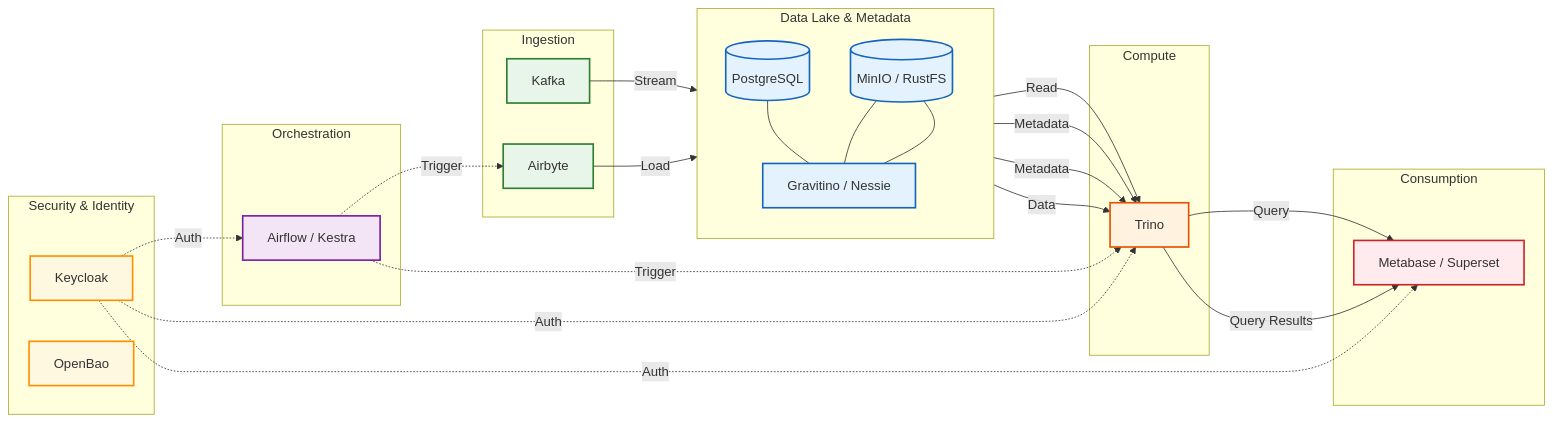
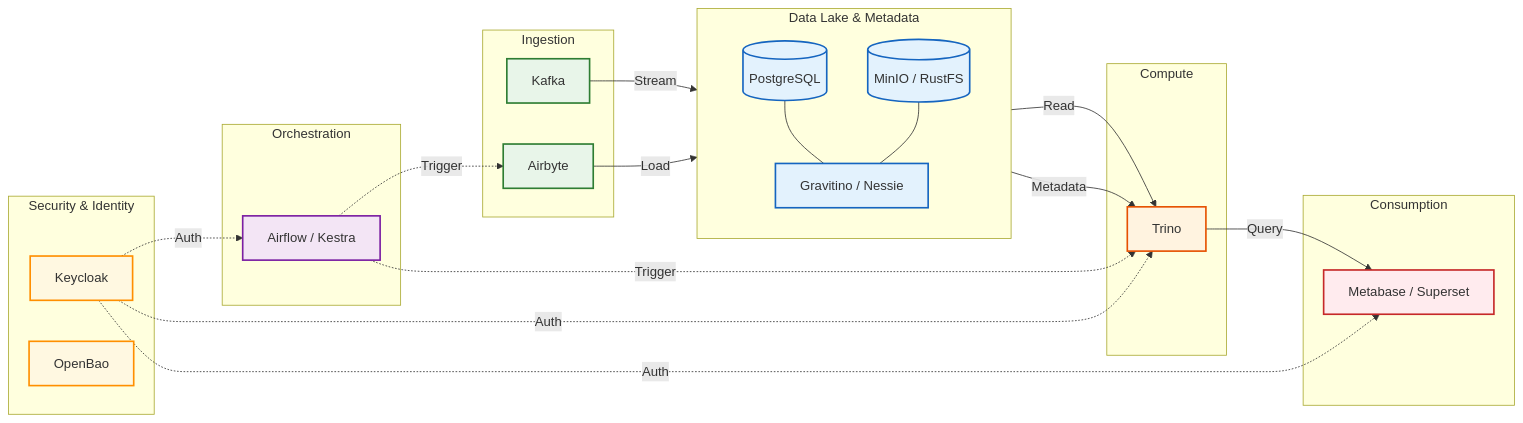
The diagram in README.md (daun-gatal/terraform-modules), drawn with Mermaid before and after one commit. The commit also changed other lines of this file and 53 other files, not shown here.

````diff
--- a/README.md
+++ b/README.md
@@ -7,75 +16,58 @@
 ```mermaid
 graph LR
     %% Styles
     classDef orchestration fill:#f3e5f5,stroke:#7b1fa2,stroke-width:2px,color:#black;
     classDef ingestion fill:#e8f5e9,stroke:#2e7d32,stroke-width:2px,color:#black;
     classDef storage fill:#e3f2fd,stroke:#1565c0,stroke-width:2px,color:#black;
     classDef compute fill:#fff3e0,stroke:#e65100,stroke-width:2px,color:#black;
     classDef bi fill:#ffebee,stroke:#c62828,stroke-width:2px,color:#black;
     classDef security fill:#fff8e1,stroke:#ff8f00,stroke-width:2px,color:#black;
 
     %% Nodes
     subgraph Orch_Group [Orchestration]
         Orch[Airflow / Kestra]:::orchestration
     end
 
     subgraph Ingest_Group [Ingestion]
         Kafka[Kafka]:::ingestion
         Airbyte[Airbyte]:::ingestion
     end
 
     subgraph Data_Group [Data Lake & Metadata]
         direction TB
         Lake[(MinIO / RustFS)]:::storage
         Catalog[Gravitino / Nessie]:::storage
         MetaDB[(PostgreSQL)]:::storage
     end
 
     subgraph Compute_Group [Compute]
         Trino[Trino]:::compute
     end
 
     subgraph BI_Group [Consumption]
         BI[Metabase / Superset]:::bi
     end
 
     subgraph Security_Group [Security & Identity]
         Keycloak[Keycloak]:::security
         OpenBao[OpenBao]:::security
     end
 
     %% Edge Wiring
-    %% 1. Ingestion Flow
     Kafka -->|Stream| Lake
     Airbyte -->|Load| Lake
-
-    %% 2. Compute Flow
     Lake -->|Read| Trino
     Catalog -->|Metadata| Trino
     MetaDB --- Catalog
     Lake --- Catalog
-
-    %% 3. Consumption
     Trino -->|Query| BI
 
-    %% 4. Orchestration Control
     Orch -.->|Trigger| Airbyte
     Orch -.->|Trigger| Trino
 
-    %% 5. Security Overlay (Cross-cutting)
     Keycloak -.->|Auth| Orch
     Keycloak -.->|Auth| Trino
     Keycloak -.->|Auth| BI
 
-    %% Styling
-    linkStyle default interpolate basis
-    Lake --- Catalog
-    Catalog -->|Metadata| Trino
-    Lake -->|Data| Trino
-    
-    %% Edges - Visualization
-    Trino -->|Query Results| BI
-
-    %% Legend / Layout adjustments
     linkStyle default interpolate basis
 ```
````
